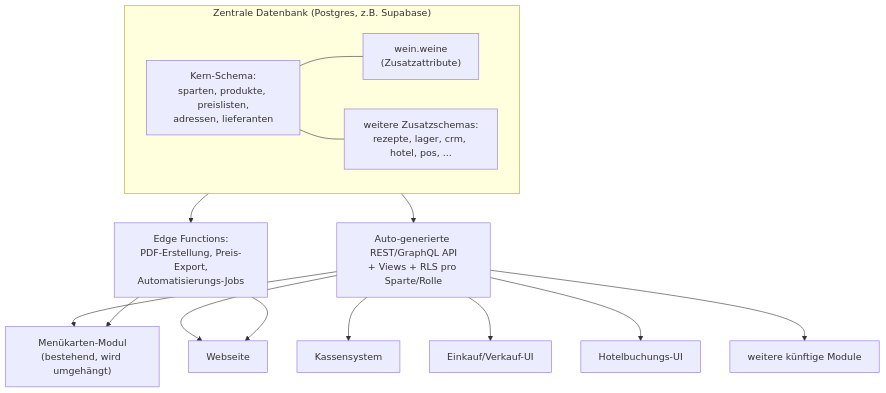
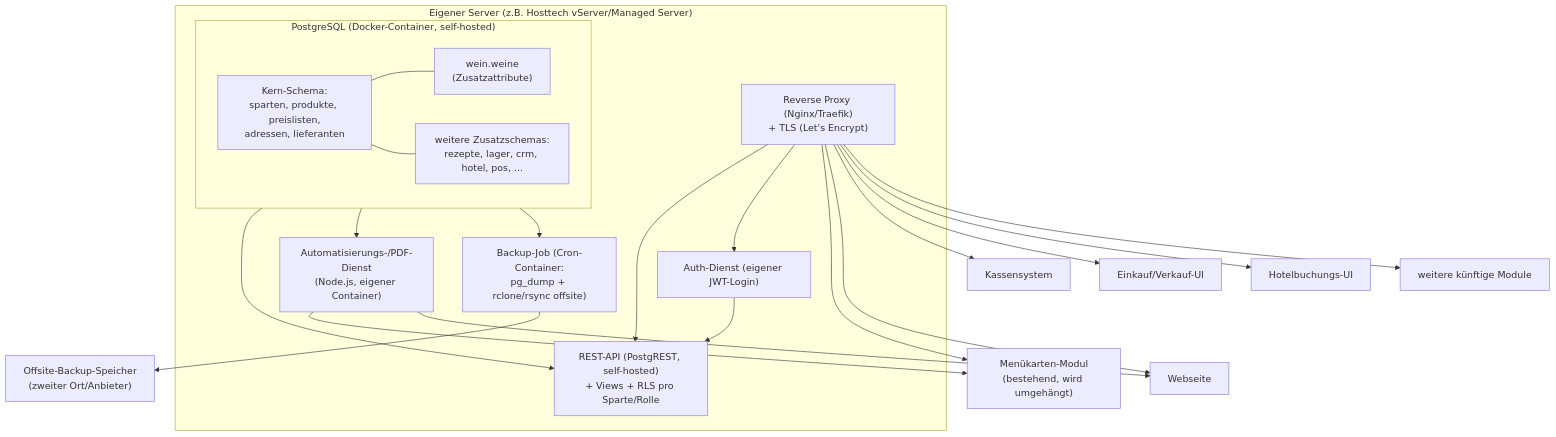
The first of 2 diagrams in hoberg-gastro/KONZEPT.md (rolfbischof/Claude), drawn with Mermaid before and after one commit. The commit also changed other lines of this file and 1 other file, not shown here.

First line of the commit message:
Rework concept for self-hosting on own server (e.g. Hosttech)

````diff
--- a/hoberg-gastro/KONZEPT.md
+++ b/hoberg-gastro/KONZEPT.md
@@ -69,31 +90,43 @@
 ```mermaid
 flowchart TB
-    subgraph DB["Zentrale Datenbank (Postgres, z.B. Supabase)"]
-        Core["Kern-Schema:\nsparten, produkte, preislisten,\nadressen, lieferanten"]
-        Wein["wein.weine\n(Zusatzattribute)"]
-        Weitere["weitere Zusatzschemas:\nrezepte, lager, crm, hotel, pos, ..."]
+    subgraph Server["Eigener Server (z.B. Hosttech vServer/Managed Server)"]
+        subgraph DB["PostgreSQL (Docker-Container, self-hosted)"]
+            Core["Kern-Schema:\nsparten, produkte, preislisten,\nadressen, lieferanten"]
+            Wein["wein.weine\n(Zusatzattribute)"]
+            Weitere["weitere Zusatzschemas:\nrezepte, lager, crm, hotel, pos, ..."]
+        end
+
+        API["REST-API (PostgREST, self-hosted)\n+ Views + RLS pro Sparte/Rolle"]
+        Auth["Auth-Dienst (eigener JWT-Login)"]
+        Jobs["Automatisierungs-/PDF-Dienst\n(Node.js, eigener Container)"]
+        Proxy["Reverse Proxy (Nginx/Traefik)\n+ TLS (Let's Encrypt)"]
+        Backup["Backup-Job (Cron-Container:\npg_dump + rclone/rsync offsite)"]
+
+        Core --- Wein
+        Core --- Weitere
+        DB --> API
+        DB --> Jobs
+        Auth --> API
+        Proxy --> API
+        Proxy --> Auth
+        DB --> Backup
     end
-
-    API["Auto-generierte REST/GraphQL API\n+ Views + RLS pro Sparte/Rolle"]
-    Edge["Edge Functions:\nPDF-Erstellung, Preis-Export,\nAutomatisierungs-Jobs"]
 
     Menu["Menükarten-Modul\n(bestehend, wird umgehängt)"]
     Web["Webseite"]
     POS["Kassensystem"]
     Einkauf["Einkauf/Verkauf-UI"]
     Hotel["Hotelbuchungs-UI"]
     Neu["weitere künftige Module"]
+    Offsite["Offsite-Backup-Speicher\n(zweiter Ort/Anbieter)"]
 
-    Core --- Wein
-    Core --- Weitere
-    DB --> API
-    DB --> Edge
-    API --> Menu
-    API --> Web
-    API --> POS
-    API --> Einkauf
-    API --> Hotel
-    API --> Neu
-    Edge --> Menu
-    Edge --> Web
+    Proxy --> Menu
+    Proxy --> Web
+    Proxy --> POS
+    Proxy --> Einkauf
+    Proxy --> Hotel
+    Proxy --> Neu
+    Jobs --> Menu
+    Jobs --> Web
+    Backup --> Offsite
 ```
````
